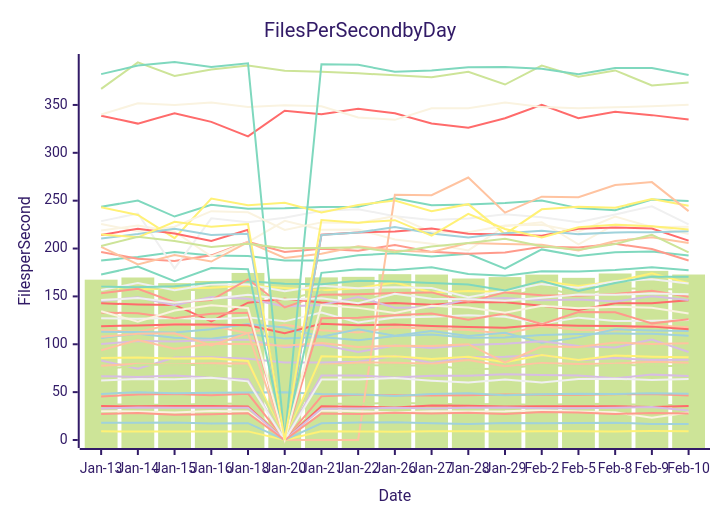
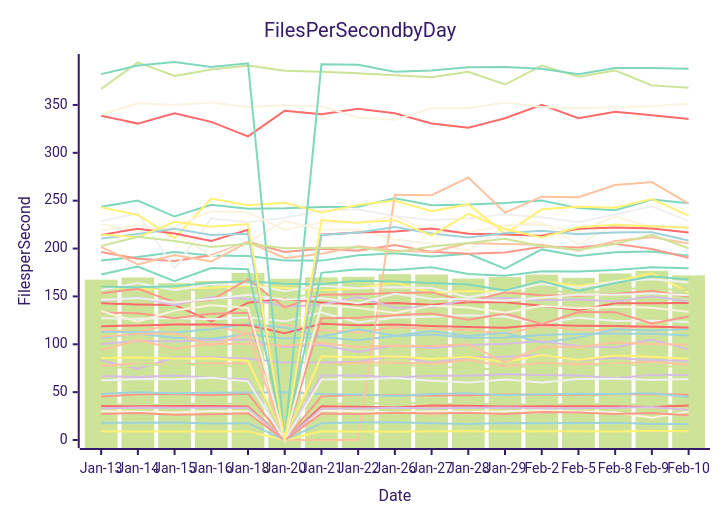
Before and after one commit to streetsidesoftware/cspell: the diagram in perf-report.md, drawn with Mermaid (forest theme). The commit also changed other lines of this file and 1 other file, not shown here.

````diff
--- a/perf-report.md
+++ b/perf-report.md
@@ -10,57 +10,57 @@
 ```mermaid
 xychart-beta
     title Files Per Second by Day
     y-axis Files per Second
     x-axis Date [Jan-13, Jan-14, Jan-15, Jan-16, Jan-18, Jan-20, Jan-21, Jan-22, Jan-26, Jan-27, Jan-28, Jan-29, Feb-2, Feb-5, Feb-8, Feb-9, Feb-10]
-    bar [167.48, 169.75, 163.88, 166.13, 174.50, 168.43, 169.86, 170.44, 173.21, 172.82, 168.69, 170.17, 172.76, 169.39, 173.94, 176.68, 172.85]
-    line [142.76, 141.64, 141.15, 123.99, 143.49, 147.59, 143.59, 141.42, 143.21, 141.20, 143.98, 143.78, 140.14, 135.87, 142.86, 142.75, 146.09]
-    line [106.48, 111.07, 106.70, 105.83, 110.59, 105.90, 107.50, 104.30, 108.52, 110.13, 106.78, 107.20, 109.65, 110.63, 111.16, 110.94, 108.95]
-    line [83.13, 74.36, 86.16, 86.38, 84.98, 80.87, 81.08, 81.74, 87.91, 80.34, 86.50, 86.84, 88.66, 83.22, 85.59, 83.52, 83.74]
-    line [127.26, 126.67, 127.57, 126.01, 128.09, 123.93, 133.11, 122.76, 127.88, 128.69, 130.23, 128.77, 121.54, 127.82, 124.27, 124.62, 125.46]
-    line [114.87, 112.73, 121.37, 119.21, 111.41, 120.28, 114.69, 112.28, 117.78, 116.14, 114.78, 110.96, 118.96, 114.84, 114.56, 119.99, 117.82]
-    line [187.54, 191.28, 196.46, 192.64, 192.25, 187.45, 187.38, 192.87, 195.04, 191.69, 194.48, 178.97, 199.11, 192.32, 196.15, 196.80, 192.77]
-    line [196.30, 189.40, 186.97, 192.92, 206.92, 196.43, 199.84, 197.78, 203.69, 196.52, 194.52, 195.98, 201.87, 201.12, 204.97, 199.43, 187.58]
-    line [218.81, 223.94, 217.59, 191.78, 206.70, 229.01, 219.68, 219.77, 209.49, 204.94, 198.04, 223.32, 227.45, 204.37, 225.14, 223.42, 215.16]
-    line [160.36, 157.59, 157.97, 159.04, 161.40, 158.69, 156.26, 158.43, 164.60, 154.09, 155.59, 154.71, 166.16, 160.94, 165.57, 174.04, 163.84]
-    line [152.68, 160.69, 156.79, 156.81, 155.73, 146.52, 155.23, 146.60, 152.95, 153.44, 146.68, 148.04, 159.34, 150.93, 158.41, 157.97, 156.97]
-    line [338.80, 330.51, 341.37, 332.29, 317.17, 344.00, 340.27, 346.07, 341.26, 330.59, 326.24, 336.05, 350.02, 336.18, 342.95, 339.36, 334.78]
-    line [112.95, 112.89, 112.17, 115.75, 121.13, 117.45, 107.89, 115.63, 108.80, 113.98, 108.63, 112.03, 101.57, 107.21, 115.59, 114.29, 113.75]
-    line [145.30, 149.05, 140.78, 149.26, 147.65, 139.36, 140.95, 149.41, 138.21, 138.55, 146.90, 148.25, 146.04, 146.87, 144.71, 150.09, 146.20]
-    line [228.64, 236.61, 179.24, 231.58, 227.41, 232.25, 239.53, 241.09, 233.83, 229.73, 231.27, 235.75, 232.76, 227.56, 235.60, 244.14, 225.22]
-    line [201.84, 183.49, 193.18, 186.41, 206.76, 190.09, 194.48, 202.39, 197.93, 196.32, 205.82, 204.70, 203.85, 198.04, 207.86, 211.91, 205.85]
-    line [243.64, 250.04, 233.42, 245.62, 241.64, 242.10, 243.52, 243.78, 252.46, 245.33, 245.88, 247.56, 250.17, 242.23, 239.94, 251.24, 249.65]
-    line [45.48, 47.52, 48.15, 46.82, 48.44, 0.00, 45.59, 47.24, 46.87, 46.43, 46.80, 47.45, 47.29, 47.35, 47.86, 48.05, 46.47]
-    line [339.94, 351.75, 349.84, 352.46, 347.95, 349.61, 348.67, 336.98, 334.45, 346.57, 346.60, 352.58, 347.78, 346.57, 347.57, 348.75, 350.22]
-    line [243.18, 235.07, 210.91, 252.26, 245.25, 247.79, 237.71, 245.48, 250.24, 239.03, 246.34, 215.04, 240.95, 243.60, 242.70, 251.69, 244.79]
-    line [366.78, 394.48, 380.24, 387.08, 391.19, 385.76, 384.74, 382.99, 381.11, 378.87, 384.64, 371.32, 391.09, 379.53, 386.07, 370.43, 373.34]
-    line [118.82, 119.70, 120.72, 120.60, 119.83, 111.61, 121.49, 119.94, 120.57, 119.01, 117.99, 117.30, 120.43, 119.43, 118.96, 118.43, 115.78]
-    line [48.15, 49.96, 48.86, 49.35, 49.61, 49.98, 48.14, 47.57, 46.02, 47.96, 48.80, 46.78, 47.79, 48.42, 47.97, 48.95, 48.40]
-    line [100.22, 103.42, 102.77, 104.55, 104.84, 96.90, 99.42, 91.88, 98.65, 96.11, 99.25, 100.66, 103.18, 98.24, 96.65, 104.96, 91.92]
-    line [156.59, 163.92, 156.50, 162.70, 162.52, 155.39, 161.05, 158.62, 159.47, 158.84, 149.03, 155.81, 162.82, 158.93, 165.88, 167.89, 163.50]
-    line [107.78, 110.93, 111.50, 98.69, 111.74, 0.00, 0.00, 0.00, 256.11, 255.68, 274.20, 237.51, 254.20, 253.57, 266.34, 269.39, 239.07]
-    line [160.33, 159.51, 160.62, 164.27, 165.83, 163.17, 162.82, 166.39, 165.48, 164.06, 162.34, 156.27, 166.07, 155.61, 164.06, 170.66, 170.49]
-    line [153.24, 158.05, 143.97, 146.11, 167.84, 138.47, 151.83, 152.31, 153.48, 154.19, 144.39, 154.19, 151.10, 150.58, 152.48, 156.02, 149.62]
-    line [30.13, 29.74, 28.69, 30.19, 29.74, 0.00, 30.87, 30.00, 28.70, 30.12, 29.90, 29.99, 31.08, 29.80, 28.87, 23.26, 28.69]
-    line [9.09, 8.82, 8.93, 8.76, 8.99, 0.00, 9.21, 8.99, 8.69, 9.06, 9.17, 8.90, 9.14, 9.10, 8.87, 9.39, 9.15]
-    line [37.19, 37.15, 36.65, 38.13, 37.95, 0.00, 37.76, 37.89, 38.81, 37.93, 37.35, 37.58, 36.65, 37.87, 37.52, 36.62, 36.62]
-    line [35.46, 35.24, 35.59, 35.58, 35.07, 0.00, 35.24, 34.68, 33.94, 35.92, 35.70, 34.97, 35.24, 35.24, 35.29, 34.51, 35.47]
-    line [18.04, 18.04, 18.22, 17.23, 17.55, 0.00, 17.39, 18.17, 18.55, 17.57, 16.82, 17.76, 17.39, 17.79, 18.01, 16.74, 16.69]
-    line [33.01, 34.00, 33.70, 33.67, 33.62, 0.00, 32.53, 32.97, 33.70, 32.82, 33.62, 33.93, 33.23, 33.25, 33.77, 34.38, 30.92]
-    line [146.13, 148.32, 143.55, 147.19, 151.83, 146.83, 148.17, 142.81, 152.72, 147.54, 147.09, 145.41, 148.70, 151.93, 151.71, 152.93, 152.16]
-    line [77.54, 79.76, 78.94, 80.05, 79.79, 0.00, 78.41, 81.03, 80.80, 79.69, 83.58, 77.01, 80.34, 79.32, 79.86, 81.63, 80.72]
-    line [382.18, 391.17, 394.86, 389.55, 393.53, 0.00, 392.61, 391.87, 384.72, 385.87, 389.43, 389.76, 387.86, 381.95, 388.55, 388.50, 381.25]
-    line [133.26, 132.31, 127.23, 131.76, 132.93, 0.00, 127.27, 127.81, 130.32, 132.03, 125.54, 132.09, 121.09, 133.64, 133.48, 121.84, 126.19]
-    line [225.53, 218.14, 222.73, 239.07, 237.86, 219.38, 227.33, 226.70, 233.87, 217.12, 216.93, 224.01, 224.86, 217.64, 233.33, 222.49, 222.85]
-    line [85.54, 86.15, 85.12, 85.43, 82.51, 0.00, 87.43, 86.48, 87.49, 84.71, 86.94, 81.29, 88.85, 83.51, 88.25, 87.06, 86.47]
-    line [72.97, 78.65, 78.72, 77.98, 76.03, 0.00, 77.82, 78.41, 77.74, 77.78, 73.82, 74.60, 78.73, 76.88, 78.62, 77.47, 77.05]
-    line [214.18, 220.74, 215.80, 207.87, 219.52, 0.00, 214.36, 216.75, 217.84, 220.87, 215.44, 214.77, 213.40, 220.70, 222.08, 221.01, 208.29]
-    line [210.61, 215.07, 220.69, 214.26, 215.48, 0.00, 214.23, 216.83, 222.41, 215.81, 211.64, 216.10, 218.52, 215.06, 216.88, 216.99, 218.11]
-    line [66.66, 65.78, 67.40, 65.04, 63.23, 0.00, 67.48, 67.27, 65.41, 67.07, 67.22, 68.71, 67.83, 67.42, 64.50, 68.29, 66.95]
+    bar [167.48, 169.75, 163.88, 166.13, 174.50, 168.43, 169.86, 170.44, 173.21, 172.82, 168.69, 170.17, 172.76, 169.39, 173.94, 176.68, 172.01]
+    line [142.76, 141.64, 141.15, 123.99, 143.49, 147.59, 143.59, 141.42, 143.21, 141.20, 143.98, 143.78, 140.14, 135.87, 142.86, 142.75, 143.10]
+    line [106.48, 111.07, 106.70, 105.83, 110.59, 105.90, 107.50, 104.30, 108.52, 110.13, 106.78, 107.20, 109.65, 110.63, 111.16, 110.94, 109.21]
+    line [83.13, 74.36, 86.16, 86.38, 84.98, 80.87, 81.08, 81.74, 87.91, 80.34, 86.50, 86.84, 88.66, 83.22, 85.59, 83.52, 82.54]
+    line [127.26, 126.67, 127.57, 126.01, 128.09, 123.93, 133.11, 122.76, 127.88, 128.69, 130.23, 128.77, 121.54, 127.82, 124.27, 124.62, 123.31]
+    line [114.87, 112.73, 121.37, 119.21, 111.41, 120.28, 114.69, 112.28, 117.78, 116.14, 114.78, 110.96, 118.96, 114.84, 114.56, 119.99, 116.03]
+    line [187.54, 191.28, 196.46, 192.64, 192.25, 187.45, 187.38, 192.87, 195.04, 191.69, 194.48, 178.97, 199.11, 192.32, 196.15, 196.80, 192.49]
+    line [196.30, 189.40, 186.97, 192.92, 206.92, 196.43, 199.84, 197.78, 203.69, 196.52, 194.52, 195.98, 201.87, 201.12, 204.97, 199.43, 190.33]
+    line [218.81, 223.94, 217.59, 191.78, 206.70, 229.01, 219.68, 219.77, 209.49, 204.94, 198.04, 223.32, 227.45, 204.37, 225.14, 223.42, 222.08]
+    line [160.36, 157.59, 157.97, 159.04, 161.40, 158.69, 156.26, 158.43, 164.60, 154.09, 155.59, 154.71, 166.16, 160.94, 165.57, 174.04, 154.30]
+    line [152.68, 160.69, 156.79, 156.81, 155.73, 146.52, 155.23, 146.60, 152.95, 153.44, 146.68, 148.04, 159.34, 150.93, 158.41, 157.97, 156.56]
+    line [338.80, 330.51, 341.37, 332.29, 317.17, 344.00, 340.27, 346.07, 341.26, 330.59, 326.24, 336.05, 350.02, 336.18, 342.95, 339.36, 335.43]
+    line [112.95, 112.89, 112.17, 115.75, 121.13, 117.45, 107.89, 115.63, 108.80, 113.98, 108.63, 112.03, 101.57, 107.21, 115.59, 114.29, 115.98]
+    line [145.30, 149.05, 140.78, 149.26, 147.65, 139.36, 140.95, 149.41, 138.21, 138.55, 146.90, 148.25, 146.04, 146.87, 144.71, 150.09, 144.64]
+    line [228.64, 236.61, 179.24, 231.58, 227.41, 232.25, 239.53, 241.09, 233.83, 229.73, 231.27, 235.75, 232.76, 227.56, 235.60, 244.14, 228.71]
+    line [201.84, 183.49, 193.18, 186.41, 206.76, 190.09, 194.48, 202.39, 197.93, 196.32, 205.82, 204.70, 203.85, 198.04, 207.86, 211.91, 205.36]
+    line [243.64, 250.04, 233.42, 245.62, 241.64, 242.10, 243.52, 243.78, 252.46, 245.33, 245.88, 247.56, 250.17, 242.23, 239.94, 251.24, 247.36]
+    line [45.48, 47.52, 48.15, 46.82, 48.44, 0.00, 45.59, 47.24, 46.87, 46.43, 46.80, 47.45, 47.29, 47.35, 47.86, 48.05, 47.30]
+    line [339.94, 351.75, 349.84, 352.46, 347.95, 349.61, 348.67, 336.98, 334.45, 346.57, 346.60, 352.58, 347.78, 346.57, 347.57, 348.75, 351.19]
+    line [243.18, 235.07, 210.91, 252.26, 245.25, 247.79, 237.71, 245.48, 250.24, 239.03, 246.34, 215.04, 240.95, 243.60, 242.70, 251.69, 234.31]
+    line [366.78, 394.48, 380.24, 387.08, 391.19, 385.76, 384.74, 382.99, 381.11, 378.87, 384.64, 371.32, 391.09, 379.53, 386.07, 370.43, 367.95]
+    line [118.82, 119.70, 120.72, 120.60, 119.83, 111.61, 121.49, 119.94, 120.57, 119.01, 117.99, 117.30, 120.43, 119.43, 118.96, 118.43, 117.39]
+    line [48.15, 49.96, 48.86, 49.35, 49.61, 49.98, 48.14, 47.57, 46.02, 47.96, 48.80, 46.78, 47.79, 48.42, 47.97, 48.95, 44.92]
+    line [100.22, 103.42, 102.77, 104.55, 104.84, 96.90, 99.42, 91.88, 98.65, 96.11, 99.25, 100.66, 103.18, 98.24, 96.65, 104.96, 94.67]
+    line [156.59, 163.92, 156.50, 162.70, 162.52, 155.39, 161.05, 158.62, 159.47, 158.84, 149.03, 155.81, 162.82, 158.93, 165.88, 167.89, 164.45]
+    line [107.78, 110.93, 111.50, 98.69, 111.74, 0.00, 0.00, 0.00, 256.11, 255.68, 274.20, 237.51, 254.20, 253.57, 266.34, 269.39, 246.86]
+    line [160.33, 159.51, 160.62, 164.27, 165.83, 163.17, 162.82, 166.39, 165.48, 164.06, 162.34, 156.27, 166.07, 155.61, 164.06, 170.66, 167.78]
+    line [153.24, 158.05, 143.97, 146.11, 167.84, 138.47, 151.83, 152.31, 153.48, 154.19, 144.39, 154.19, 151.10, 150.58, 152.48, 156.02, 149.70]
+    line [30.13, 29.74, 28.69, 30.19, 29.74, 0.00, 30.87, 30.00, 28.70, 30.12, 29.90, 29.99, 31.08, 29.80, 28.87, 23.26, 29.91]
+    line [9.09, 8.82, 8.93, 8.76, 8.99, 0.00, 9.21, 8.99, 8.69, 9.06, 9.17, 8.90, 9.14, 9.10, 8.87, 9.39, 9.10]
+    line [37.19, 37.15, 36.65, 38.13, 37.95, 0.00, 37.76, 37.89, 38.81, 37.93, 37.35, 37.58, 36.65, 37.87, 37.52, 36.62, 36.71]
+    line [35.46, 35.24, 35.59, 35.58, 35.07, 0.00, 35.24, 34.68, 33.94, 35.92, 35.70, 34.97, 35.24, 35.24, 35.29, 34.51, 36.01]
+    line [18.04, 18.04, 18.22, 17.23, 17.55, 0.00, 17.39, 18.17, 18.55, 17.57, 16.82, 17.76, 17.39, 17.79, 18.01, 16.74, 16.81]
+    line [33.01, 34.00, 33.70, 33.67, 33.62, 0.00, 32.53, 32.97, 33.70, 32.82, 33.62, 33.93, 33.23, 33.25, 33.77, 34.38, 31.28]
+    line [146.13, 148.32, 143.55, 147.19, 151.83, 146.83, 148.17, 142.81, 152.72, 147.54, 147.09, 145.41, 148.70, 151.93, 151.71, 152.93, 151.27]
+    line [77.54, 79.76, 78.94, 80.05, 79.79, 0.00, 78.41, 81.03, 80.80, 79.69, 83.58, 77.01, 80.34, 79.32, 79.86, 81.63, 78.70]
+    line [382.18, 391.17, 394.86, 389.55, 393.53, 0.00, 392.61, 391.87, 384.72, 385.87, 389.43, 389.76, 387.86, 381.95, 388.55, 388.50, 387.75]
+    line [133.26, 132.31, 127.23, 131.76, 132.93, 0.00, 127.27, 127.81, 130.32, 132.03, 125.54, 132.09, 121.09, 133.64, 133.48, 121.84, 129.06]
+    line [225.53, 218.14, 222.73, 239.07, 237.86, 219.38, 227.33, 226.70, 233.87, 217.12, 216.93, 224.01, 224.86, 217.64, 233.33, 222.49, 222.54]
+    line [85.54, 86.15, 85.12, 85.43, 82.51, 0.00, 87.43, 86.48, 87.49, 84.71, 86.94, 81.29, 88.85, 83.51, 88.25, 87.06, 84.92]
+    line [72.97, 78.65, 78.72, 77.98, 76.03, 0.00, 77.82, 78.41, 77.74, 77.78, 73.82, 74.60, 78.73, 76.88, 78.62, 77.47, 76.02]
+    line [214.18, 220.74, 215.80, 207.87, 219.52, 0.00, 214.36, 216.75, 217.84, 220.87, 215.44, 214.77, 213.40, 220.70, 222.08, 221.01, 216.87]
+    line [210.61, 215.07, 220.69, 214.26, 215.48, 0.00, 214.23, 216.83, 222.41, 215.81, 211.64, 216.10, 218.52, 215.06, 216.88, 216.99, 208.40]
+    line [66.66, 65.78, 67.40, 65.04, 63.23, 0.00, 67.48, 67.27, 65.41, 67.07, 67.22, 68.71, 67.83, 67.42, 64.50, 68.29, 67.95]
     line [62.15, 63.63, 63.52, 64.93, 61.26, 0.00, 63.19, 63.24, 64.72, 62.00, 60.00, 63.28, 59.94, 63.60, 64.06, 62.64, 63.65]
-    line [93.83, 104.36, 95.41, 100.49, 100.17, 98.43, 101.26, 97.05, 98.45, 98.30, 100.11, 81.16, 97.62, 97.16, 101.86, 100.35, 101.13]
-    line [172.87, 181.24, 165.83, 179.67, 178.49, 0.00, 174.64, 178.29, 177.69, 180.46, 173.36, 171.47, 176.27, 176.08, 177.50, 180.37, 177.36]
-    line [27.25, 28.25, 26.29, 26.94, 27.92, 0.00, 27.74, 27.10, 28.41, 27.77, 28.43, 27.26, 29.20, 28.78, 27.22, 28.25, 27.63]
-    line [134.58, 123.64, 135.23, 140.79, 137.86, 0.00, 141.02, 138.02, 132.73, 140.24, 138.48, 133.03, 140.20, 137.55, 139.32, 138.06, 132.12]
-    line [214.77, 211.68, 227.93, 222.84, 225.57, 0.00, 229.76, 226.99, 229.64, 213.50, 236.23, 220.41, 211.45, 222.13, 224.72, 223.26, 219.78]
-    line [202.65, 212.27, 207.96, 201.68, 204.97, 200.41, 200.50, 201.35, 196.11, 202.03, 205.84, 210.33, 202.30, 198.84, 204.68, 214.35, 196.05]
+    line [93.83, 104.36, 95.41, 100.49, 100.17, 98.43, 101.26, 97.05, 98.45, 98.30, 100.11, 81.16, 97.62, 97.16, 101.86, 100.35, 99.46]
+    line [172.87, 181.24, 165.83, 179.67, 178.49, 0.00, 174.64, 178.29, 177.69, 180.46, 173.36, 171.47, 176.27, 176.08, 177.50, 180.37, 179.50]
+    line [27.25, 28.25, 26.29, 26.94, 27.92, 0.00, 27.74, 27.10, 28.41, 27.77, 28.43, 27.26, 29.20, 28.78, 27.22, 28.25, 25.94]
+    line [134.58, 123.64, 135.23, 140.79, 137.86, 0.00, 141.02, 138.02, 132.73, 140.24, 138.48, 133.03, 140.20, 137.55, 139.32, 138.06, 134.03]
+    line [214.77, 211.68, 227.93, 222.84, 225.57, 0.00, 229.76, 226.99, 229.64, 213.50, 236.23, 220.41, 211.45, 222.13, 224.72, 223.26, 221.76]
+    line [202.65, 212.27, 207.96, 201.68, 204.97, 200.41, 200.50, 201.35, 196.11, 202.03, 205.84, 210.33, 202.30, 198.84, 204.68, 214.35, 200.27]
 ```
````
